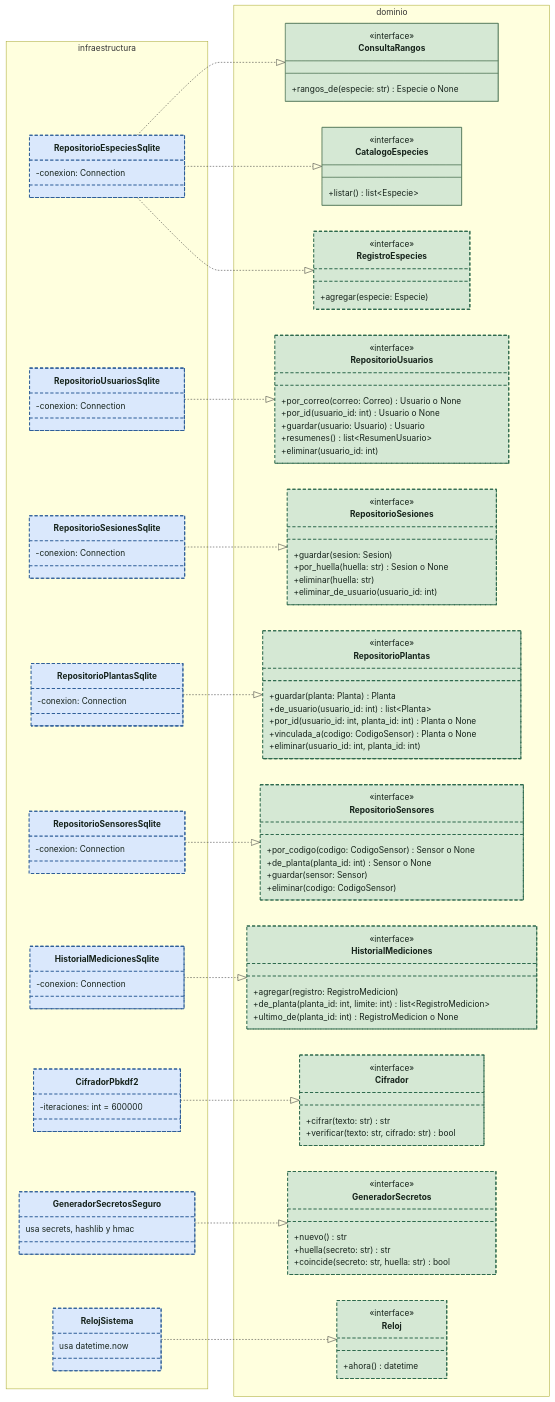
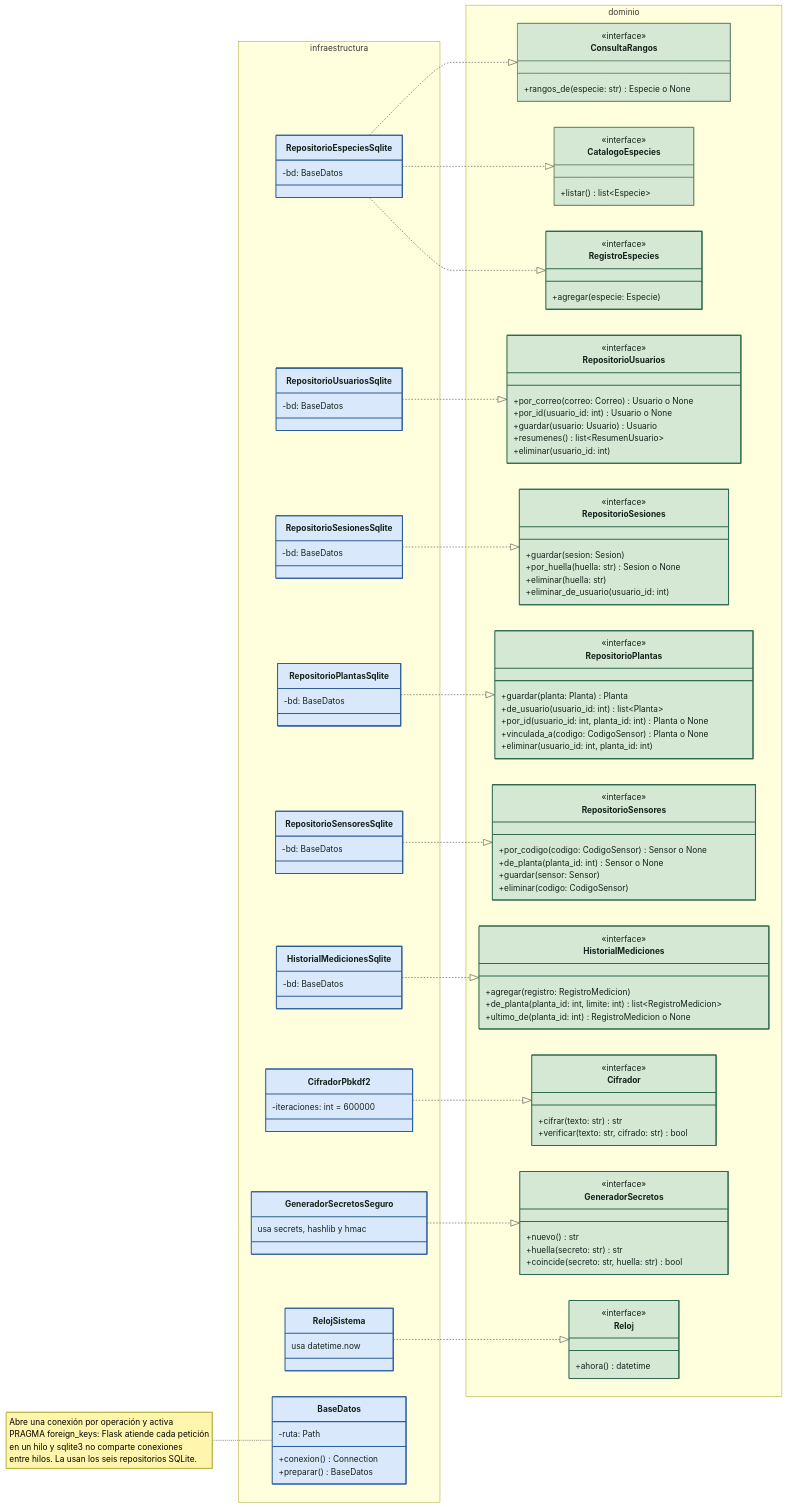
One commit to Pipelol0723/matera-inteligente changed the diagram in docs/diagramas/clases-puertos.mmd. Above: the diagram before and after it, drawn with Mermaid. The commit also changed 30 other files, not shown here.

First line of the commit message:
Docs: diagramas del corte 2 ajustados a lo implementado

```diff
--- a/docs/diagramas/clases-puertos.mmd
+++ b/docs/diagramas/clases-puertos.mmd
@@ -1,134 +1,142 @@
 %% Puertos del dominio (backend/dominio/) y las clases de infraestructura que los implementan.
 %% Toda flecha va de infraestructura hacia el dominio (RA5, DIP).
-%% Verde: dominio. Azul: infraestructura. Borde punteado: se agrega en el corte 2 y todavía no tiene código.
+%% Verde: dominio. Azul: infraestructura. Borde grueso: se agregó en el corte 2.
 classDiagram
     direction LR
 
     namespace dominio {
         class ConsultaRangos {
             <<interface>>
             +rangos_de(especie: str) Especie o None
         }
         class CatalogoEspecies {
             <<interface>>
             +listar() list~Especie~
         }
         class RegistroEspecies {
             <<interface>>
             +agregar(especie: Especie)
         }
         class RepositorioUsuarios {
             <<interface>>
             +por_correo(correo: Correo) Usuario o None
             +por_id(usuario_id: int) Usuario o None
             +guardar(usuario: Usuario) Usuario
             +resumenes() list~ResumenUsuario~
             +eliminar(usuario_id: int)
         }
         class RepositorioSesiones {
             <<interface>>
             +guardar(sesion: Sesion)
             +por_huella(huella: str) Sesion o None
             +eliminar(huella: str)
             +eliminar_de_usuario(usuario_id: int)
         }
         class RepositorioPlantas {
             <<interface>>
             +guardar(planta: Planta) Planta
             +de_usuario(usuario_id: int) list~Planta~
             +por_id(usuario_id: int, planta_id: int) Planta o None
             +vinculada_a(codigo: CodigoSensor) Planta o None
             +eliminar(usuario_id: int, planta_id: int)
         }
         class RepositorioSensores {
             <<interface>>
             +por_codigo(codigo: CodigoSensor) Sensor o None
             +de_planta(planta_id: int) Sensor o None
             +guardar(sensor: Sensor)
             +eliminar(codigo: CodigoSensor)
         }
         class HistorialMediciones {
             <<interface>>
             +agregar(registro: RegistroMedicion)
             +de_planta(planta_id: int, limite: int) list~RegistroMedicion~
             +ultimo_de(planta_id: int) RegistroMedicion o None
         }
         class Cifrador {
             <<interface>>
             +cifrar(texto: str) str
             +verificar(texto: str, cifrado: str) bool
         }
         class GeneradorSecretos {
             <<interface>>
             +nuevo() str
             +huella(secreto: str) str
             +coincide(secreto: str, huella: str) bool
         }
         class Reloj {
             <<interface>>
             +ahora() datetime
         }
     }
 
     namespace infraestructura {
         class RepositorioEspeciesSqlite {
-            -conexion: Connection
+            -bd: BaseDatos
         }
         class RepositorioUsuariosSqlite {
-            -conexion: Connection
+            -bd: BaseDatos
         }
         class RepositorioSesionesSqlite {
-            -conexion: Connection
+            -bd: BaseDatos
         }
         class RepositorioPlantasSqlite {
-            -conexion: Connection
+            -bd: BaseDatos
         }
         class RepositorioSensoresSqlite {
-            -conexion: Connection
+            -bd: BaseDatos
         }
         class HistorialMedicionesSqlite {
-            -conexion: Connection
+            -bd: BaseDatos
         }
         class CifradorPbkdf2 {
             -iteraciones: int = 600000
         }
         class GeneradorSecretosSeguro {
             usa secrets, hashlib y hmac
         }
         class RelojSistema {
             usa datetime.now
+        }
+        class BaseDatos {
+            -ruta: Path
+            +conexion() Connection
+            +preparar() BaseDatos
         }
     }
 
     RepositorioEspeciesSqlite ..|> ConsultaRangos
     RepositorioEspeciesSqlite ..|> CatalogoEspecies
     RepositorioEspeciesSqlite ..|> RegistroEspecies
     RepositorioUsuariosSqlite ..|> RepositorioUsuarios
     RepositorioSesionesSqlite ..|> RepositorioSesiones
     RepositorioPlantasSqlite ..|> RepositorioPlantas
     RepositorioSensoresSqlite ..|> RepositorioSensores
     HistorialMedicionesSqlite ..|> HistorialMediciones
     CifradorPbkdf2 ..|> Cifrador
     GeneradorSecretosSeguro ..|> GeneradorSecretos
     RelojSistema ..|> Reloj
 
+    note for BaseDatos "Abre una conexión por operación y activa<br>PRAGMA foreign_keys: Flask atiende cada petición<br>en un hilo y sqlite3 no comparte conexiones<br>entre hilos. La usan los seis repositorios SQLite."
+
     style ConsultaRangos fill:#D5E8D4,stroke:#5a7d5f,color:#16231b
     style CatalogoEspecies fill:#D5E8D4,stroke:#5a7d5f,color:#16231b
-    style RegistroEspecies fill:#D5E8D4,stroke:#2e6a4e,stroke-width:2px,stroke-dasharray:6 4,color:#16231b
-    style RepositorioUsuarios fill:#D5E8D4,stroke:#2e6a4e,stroke-width:2px,stroke-dasharray:6 4,color:#16231b
-    style RepositorioSesiones fill:#D5E8D4,stroke:#2e6a4e,stroke-width:2px,stroke-dasharray:6 4,color:#16231b
-    style RepositorioPlantas fill:#D5E8D4,stroke:#2e6a4e,stroke-width:2px,stroke-dasharray:6 4,color:#16231b
-    style RepositorioSensores fill:#D5E8D4,stroke:#2e6a4e,stroke-width:2px,stroke-dasharray:6 4,color:#16231b
-    style HistorialMediciones fill:#D5E8D4,stroke:#2e6a4e,stroke-width:2px,stroke-dasharray:6 4,color:#16231b
-    style Cifrador fill:#D5E8D4,stroke:#2e6a4e,stroke-width:2px,stroke-dasharray:6 4,color:#16231b
-    style GeneradorSecretos fill:#D5E8D4,stroke:#2e6a4e,stroke-width:2px,stroke-dasharray:6 4,color:#16231b
-    style Reloj fill:#D5E8D4,stroke:#2e6a4e,stroke-width:2px,stroke-dasharray:6 4,color:#16231b
-    style RepositorioEspeciesSqlite fill:#DAE8FC,stroke:#2f5f99,stroke-width:2px,stroke-dasharray:6 4,color:#16231b
-    style RepositorioUsuariosSqlite fill:#DAE8FC,stroke:#2f5f99,stroke-width:2px,stroke-dasharray:6 4,color:#16231b
-    style RepositorioSesionesSqlite fill:#DAE8FC,stroke:#2f5f99,stroke-width:2px,stroke-dasharray:6 4,color:#16231b
-    style RepositorioPlantasSqlite fill:#DAE8FC,stroke:#2f5f99,stroke-width:2px,stroke-dasharray:6 4,color:#16231b
-    style RepositorioSensoresSqlite fill:#DAE8FC,stroke:#2f5f99,stroke-width:2px,stroke-dasharray:6 4,color:#16231b
-    style HistorialMedicionesSqlite fill:#DAE8FC,stroke:#2f5f99,stroke-width:2px,stroke-dasharray:6 4,color:#16231b
-    style CifradorPbkdf2 fill:#DAE8FC,stroke:#2f5f99,stroke-width:2px,stroke-dasharray:6 4,color:#16231b
-    style GeneradorSecretosSeguro fill:#DAE8FC,stroke:#2f5f99,stroke-width:2px,stroke-dasharray:6 4,color:#16231b
-    style RelojSistema fill:#DAE8FC,stroke:#2f5f99,stroke-width:2px,stroke-dasharray:6 4,color:#16231b
+    style RegistroEspecies fill:#D5E8D4,stroke:#2e6a4e,stroke-width:2px,color:#16231b
+    style RepositorioUsuarios fill:#D5E8D4,stroke:#2e6a4e,stroke-width:2px,color:#16231b
+    style RepositorioSesiones fill:#D5E8D4,stroke:#2e6a4e,stroke-width:2px,color:#16231b
+    style RepositorioPlantas fill:#D5E8D4,stroke:#2e6a4e,stroke-width:2px,color:#16231b
+    style RepositorioSensores fill:#D5E8D4,stroke:#2e6a4e,stroke-width:2px,color:#16231b
+    style HistorialMediciones fill:#D5E8D4,stroke:#2e6a4e,stroke-width:2px,color:#16231b
+    style Cifrador fill:#D5E8D4,stroke:#2e6a4e,stroke-width:2px,color:#16231b
+    style GeneradorSecretos fill:#D5E8D4,stroke:#2e6a4e,stroke-width:2px,color:#16231b
+    style Reloj fill:#D5E8D4,stroke:#2e6a4e,stroke-width:2px,color:#16231b
+    style RepositorioEspeciesSqlite fill:#DAE8FC,stroke:#2f5f99,stroke-width:2px,color:#16231b
+    style RepositorioUsuariosSqlite fill:#DAE8FC,stroke:#2f5f99,stroke-width:2px,color:#16231b
+    style RepositorioSesionesSqlite fill:#DAE8FC,stroke:#2f5f99,stroke-width:2px,color:#16231b
+    style RepositorioPlantasSqlite fill:#DAE8FC,stroke:#2f5f99,stroke-width:2px,color:#16231b
+    style RepositorioSensoresSqlite fill:#DAE8FC,stroke:#2f5f99,stroke-width:2px,color:#16231b
+    style HistorialMedicionesSqlite fill:#DAE8FC,stroke:#2f5f99,stroke-width:2px,color:#16231b
+    style CifradorPbkdf2 fill:#DAE8FC,stroke:#2f5f99,stroke-width:2px,color:#16231b
+    style GeneradorSecretosSeguro fill:#DAE8FC,stroke:#2f5f99,stroke-width:2px,color:#16231b
+    style RelojSistema fill:#DAE8FC,stroke:#2f5f99,stroke-width:2px,color:#16231b
+    style BaseDatos fill:#DAE8FC,stroke:#2f5f99,stroke-width:2px,color:#16231b
```
